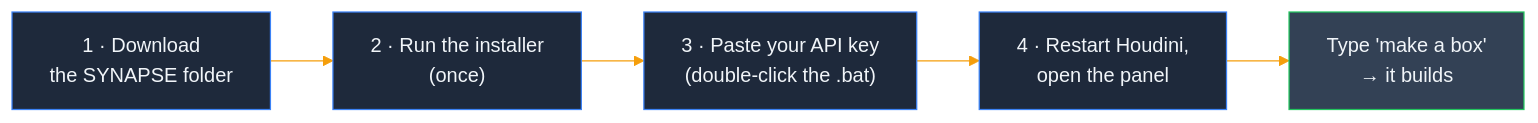
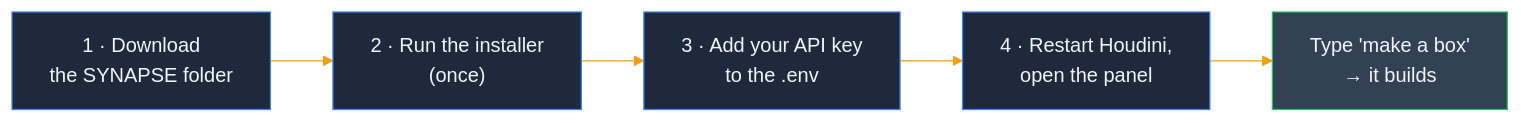
The fifth of 6 diagrams in README.md (JosephOIbrahim/Synapse), drawn with Mermaid before and after one commit. The commit also changed other lines of this file and 7 other files, not shown here.

````diff
--- a/README.md
+++ b/README.md
@@ -218,10 +218,10 @@
 ```mermaid
 %%{init: {'theme':'base', 'themeVariables': {'primaryColor':'#1e293b','primaryTextColor':'#f1f5f9','primaryBorderColor':'#0f172a','lineColor':'#f59e0b','secondaryColor':'#334155','tertiaryColor':'#475569'}}}%%
 flowchart LR
     DL["1 · Download<br/>the SYNAPSE folder"]:::step --> REG["2 · Run the installer<br/>(once)"]:::step
-    REG --> KEY["3 · Paste your API key<br/>(double-click the .bat)"]:::step
+    REG --> KEY["3 · Add your API key<br/>to the .env"]:::step
     KEY --> OPEN["4 · Restart Houdini,<br/>open the panel"]:::step
     OPEN --> CHAT["Type 'make a box'<br/>→ it builds"]:::done
     classDef step fill:#1e293b,stroke:#3b82f6,color:#f1f5f9
     classDef done fill:#334155,stroke:#22c55e,color:#f1f5f9
 ```
````
